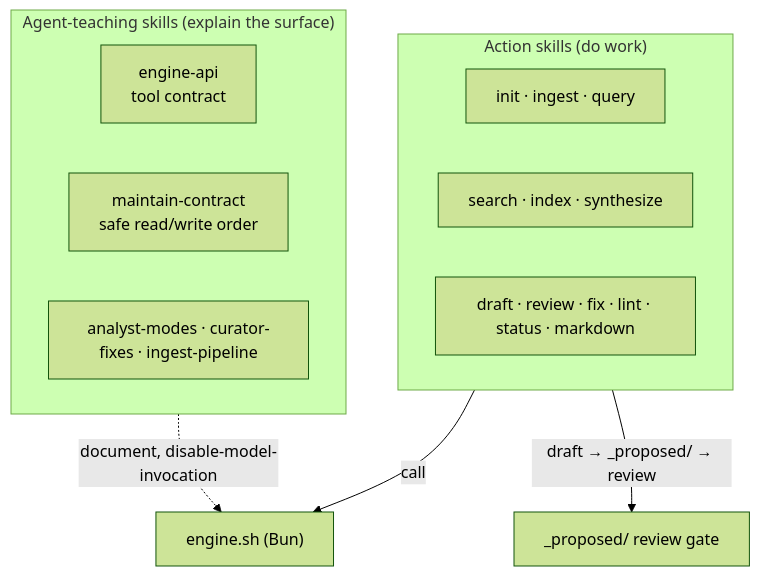
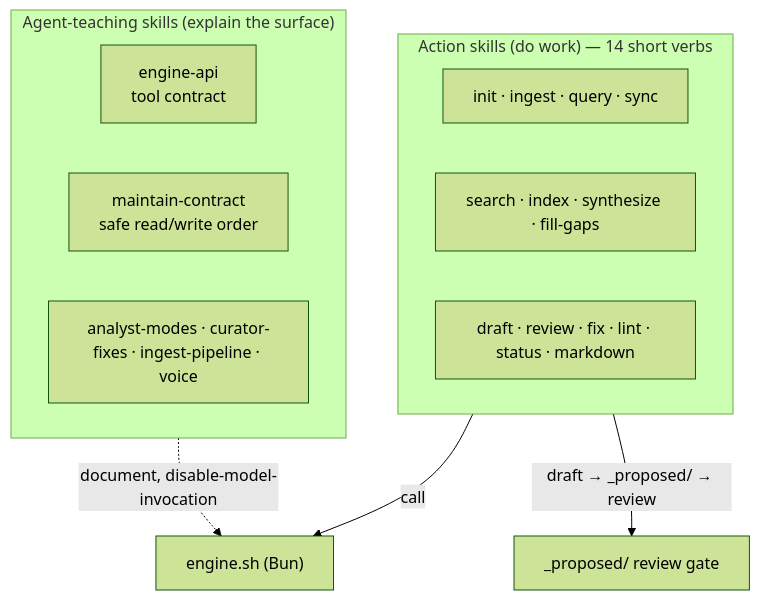
Before and after one commit to odere-pro/claude-wiki-pages-plugin: the second of 4 diagrams in docs/design/02-component-design.md, drawn with Mermaid (forest theme). The commit also changed other lines of this file and 47 other files, not shown here.

First line of the commit message:
docs: apply voice pass, sync counts/diagrams, repoint stale vault-example paths

````diff
--- a/docs/design/02-component-design.md
+++ b/docs/design/02-component-design.md
@@ -49,20 +49,20 @@
 ```mermaid
 graph TB
-    subgraph action["Action skills (do work)"]
+    subgraph action["Action skills (do work) — 14 short verbs"]
         direction LR
-        a1["init · ingest · query"]
-        a2["search · index · synthesize"]
+        a1["init · ingest · query · sync"]
+        a2["search · index · synthesize · fill-gaps"]
         a3["draft · review · fix · lint · status · markdown"]
     end
     subgraph teach["Agent-teaching skills (explain the surface)"]
         direction LR
         t1["engine-api<br/>tool contract"]
         t2["maintain-contract<br/>safe read/write order"]
-        t3["analyst-modes · curator-fixes · ingest-pipeline"]
+        t3["analyst-modes · curator-fixes · ingest-pipeline · voice"]
     end
     engine["engine.sh (Bun)"]
 
     action -->|call| engine
     teach -.->|document, disable-model-invocation| engine
     a3 -->|draft → _proposed/ → review| gate["_proposed/ review gate"]
 ```
````
